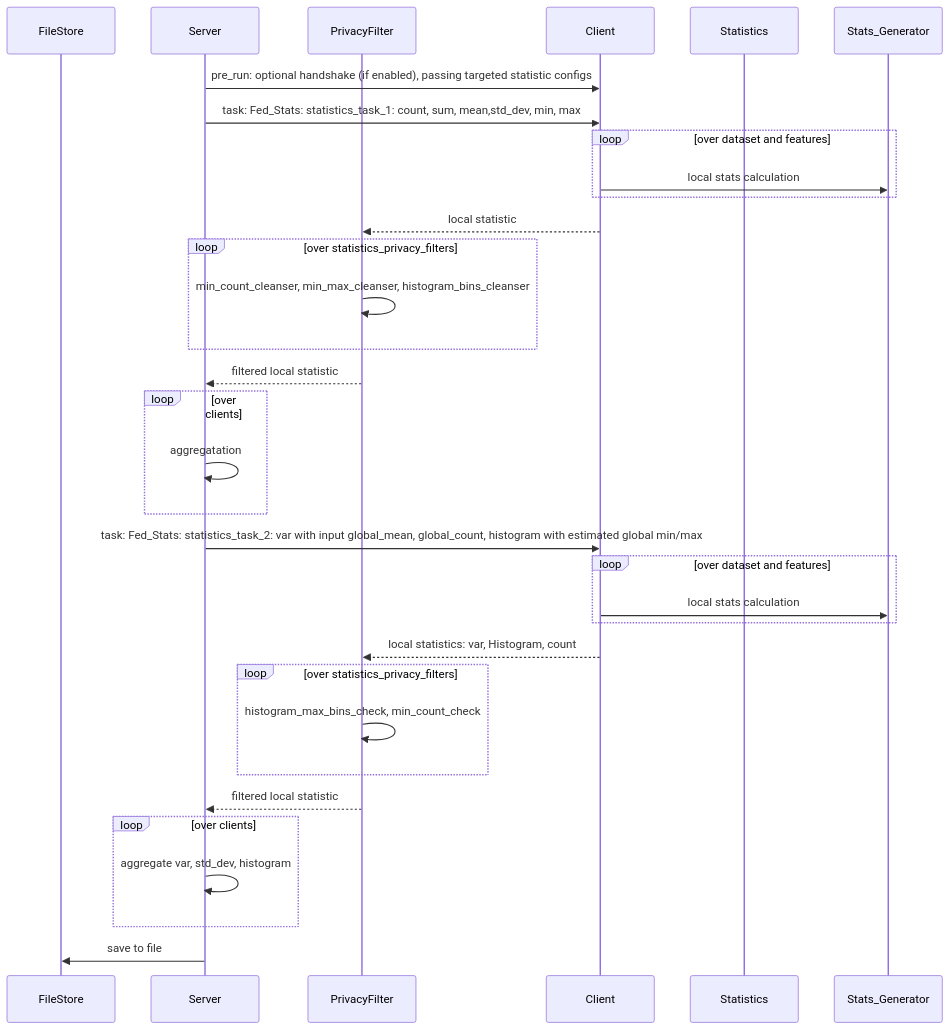
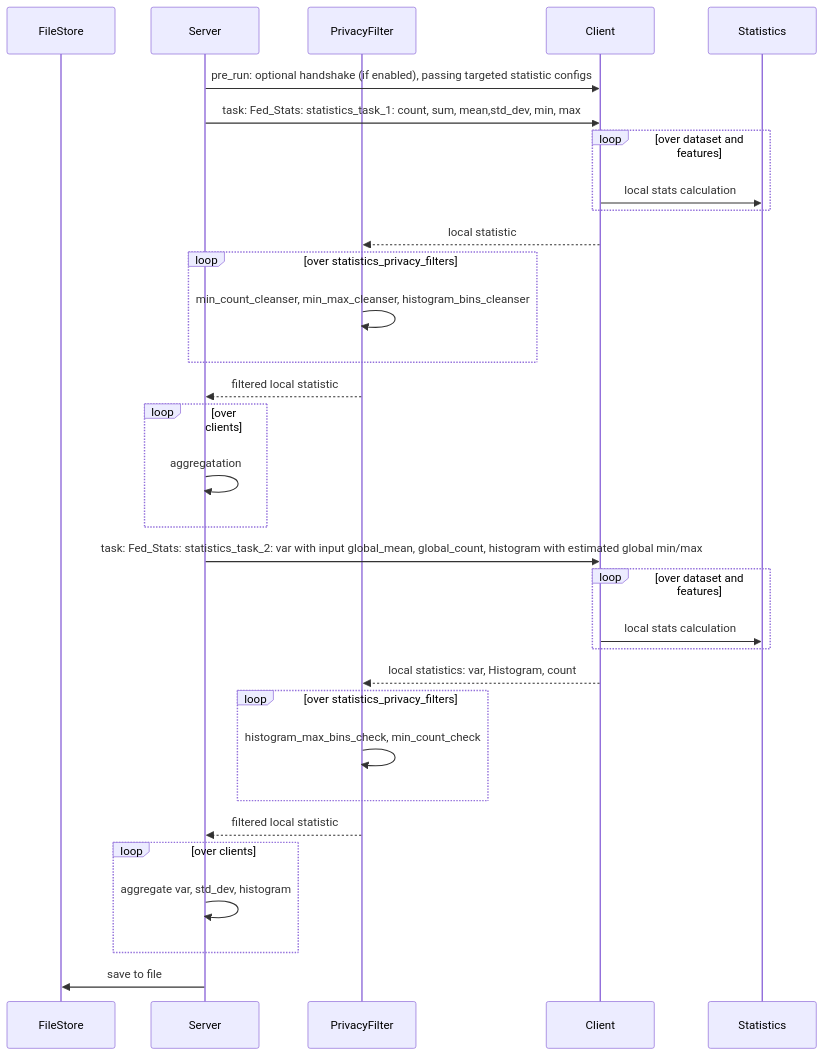
One commit to NVIDIA/NVFlare changed the diagram in examples/federated_statistics/README.md. Above: the diagram before and after it, drawn with Mermaid.

Commit message:
update sequence diagram

````diff
--- a/examples/federated_statistics/README.md
+++ b/examples/federated_statistics/README.md
@@ -28,35 +28,35 @@
 ```mermaid
  
 sequenceDiagram
     participant FileStore
     participant Server
     participant PrivacyFilter
     participant Client
     participant Statistics
     Server->>Client: pre_run: optional handshake (if enabled), passing targeted statistic configs
     Server->>Client: task: Fed_Stats: statistics_task_1: count, sum, mean,std_dev, min, max 
     loop over dataset and features
-       Client->>Stats_Generator: local stats calculation
+       Client->>Statistics: local stats calculation
     end
     Client-->>PrivacyFilter: local statistic
      loop over statistics_privacy_filters
         PrivacyFilter->>PrivacyFilter: min_count_cleanser, min_max_cleanser, histogram_bins_cleanser
     end
     PrivacyFilter-->>Server: filtered local statistic
     loop over clients
         Server->>Server: aggregatation
     end
     Server->>Client:  task: Fed_Stats: statistics_task_2: var with input global_mean, global_count, histogram with estimated global min/max
     loop over dataset and features
-       Client->>Stats_Generator: local stats calculation
+       Client->>Statistics: local stats calculation
     end
     Client-->>PrivacyFilter: local statistics: var, Histogram, count
     loop over statistics_privacy_filters
         PrivacyFilter->>PrivacyFilter: histogram_max_bins_check, min_count_check
     end
     PrivacyFilter-->>Server: filtered local statistic    
     loop over clients
         Server->>Server: aggregate var, std_dev, histogram
     end
     Server->>FileStore: save to file
 ```
````
